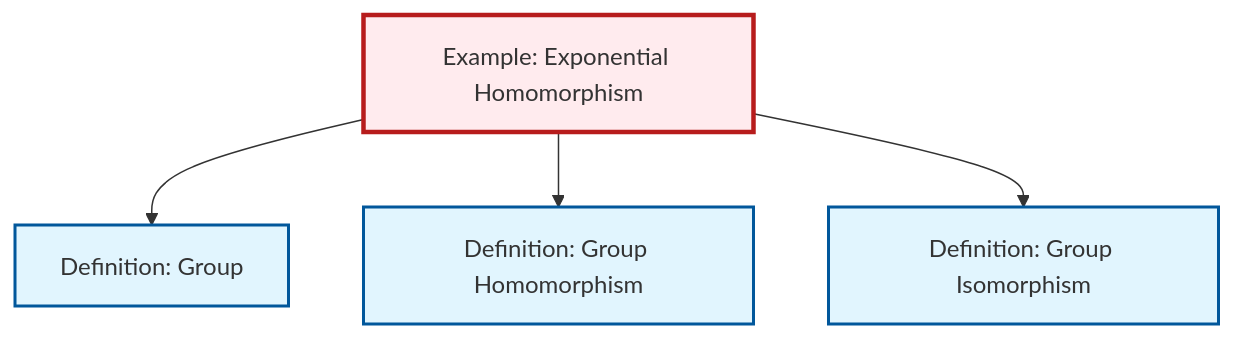
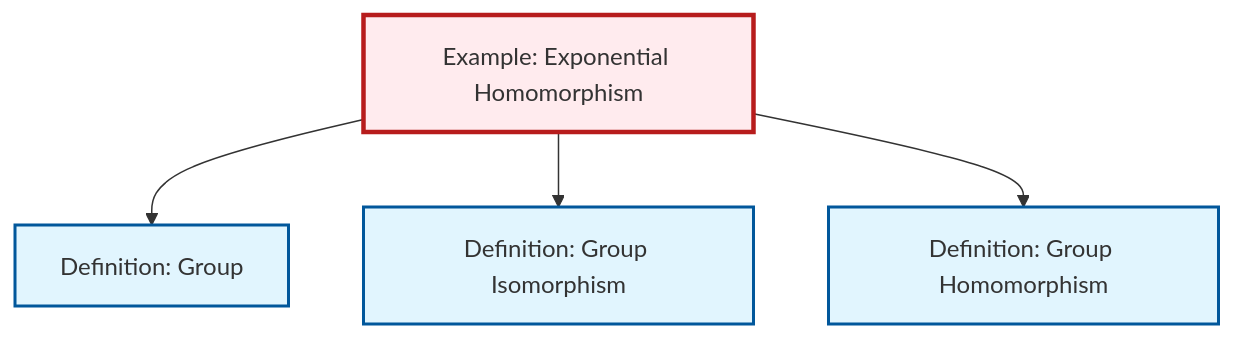
One commit to RK0429/ModernMath changed the diagram in output/mermaid/ex-exponential-homomorphism.mermaid. Above: the diagram before and after it, drawn with Mermaid. The commit also changed other lines of this file and 3633 other files, not shown here.

```diff
--- a/output/mermaid/ex-exponential-homomorphism.mermaid
+++ b/output/mermaid/ex-exponential-homomorphism.mermaid
@@ -1,15 +1,15 @@
 %%| fig-cap: "Local dependency graph"
 graph TD
     classDef definition fill:#e1f5fe,stroke:#01579b,stroke-width:2px
     classDef theorem fill:#f3e5f5,stroke:#4a148c,stroke-width:2px
     classDef axiom fill:#fff3e0,stroke:#e65100,stroke-width:2px
     classDef example fill:#e8f5e9,stroke:#1b5e20,stroke-width:2px
     classDef current fill:#ffebee,stroke:#b71c1c,stroke-width:3px
+    def-isomorphism["Definition: Group Isomorphism"]:::definition
     def-group["Definition: Group"]:::definition
-    def-isomorphism["Definition: Group Isomorphism"]:::definition
     def-homomorphism["Definition: Group Homomorphism"]:::definition
     ex-exponential-homomorphism["Example: Exponential Homomorphism"]:::example
     ex-exponential-homomorphism --> def-group
+    ex-exponential-homomorphism --> def-isomorphism
     ex-exponential-homomorphism --> def-homomorphism
-    ex-exponential-homomorphism --> def-isomorphism
     class ex-exponential-homomorphism current
```
